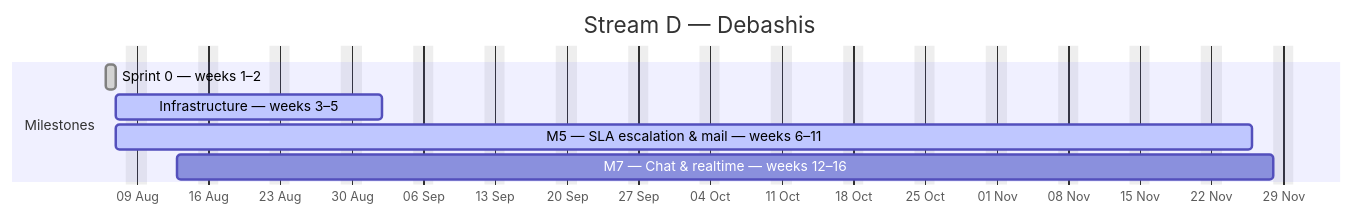
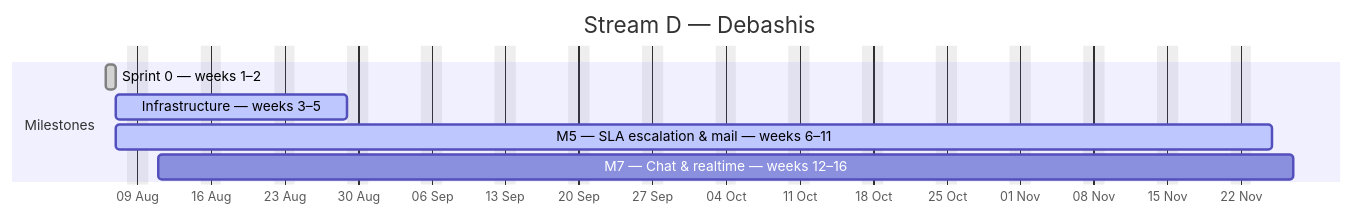
Before and after one commit to debashisedunext/EduTrack: the fourth of 4 diagrams in docs/plan/GANTT.md, drawn with Mermaid. The commit also changed other lines of this file and 3 other files, not shown here.

````diff
--- a/docs/plan/GANTT.md
+++ b/docs/plan/GANTT.md
@@ -162,12 +167,12 @@
 ```mermaid
 gantt
     dateFormat YYYY-MM-DD
     axisFormat %d %b
     title Stream D — Debashis
     excludes weekends
     section Milestones
     Sprint 0 — weeks 1–2 :done, d0, 2026-08-06, 1d
-    Infrastructure — weeks 3–5 :active, d1, 2026-08-07, 18d
-    M5 — SLA  escalation & mail — weeks 6–11 :active, d2, 2026-08-07, 79d
-    M7 — Chat & realtime — weeks 12–16 :d3, 2026-08-13, 77d
+    Infrastructure — weeks 3–5 :active, d1, 2026-08-07, 16d
+    M5 — SLA  escalation & mail — weeks 6–11 :active, d2, 2026-08-07, 78d
+    M7 — Chat & realtime — weeks 12–16 :d3, 2026-08-11, 78d
 ```
````
